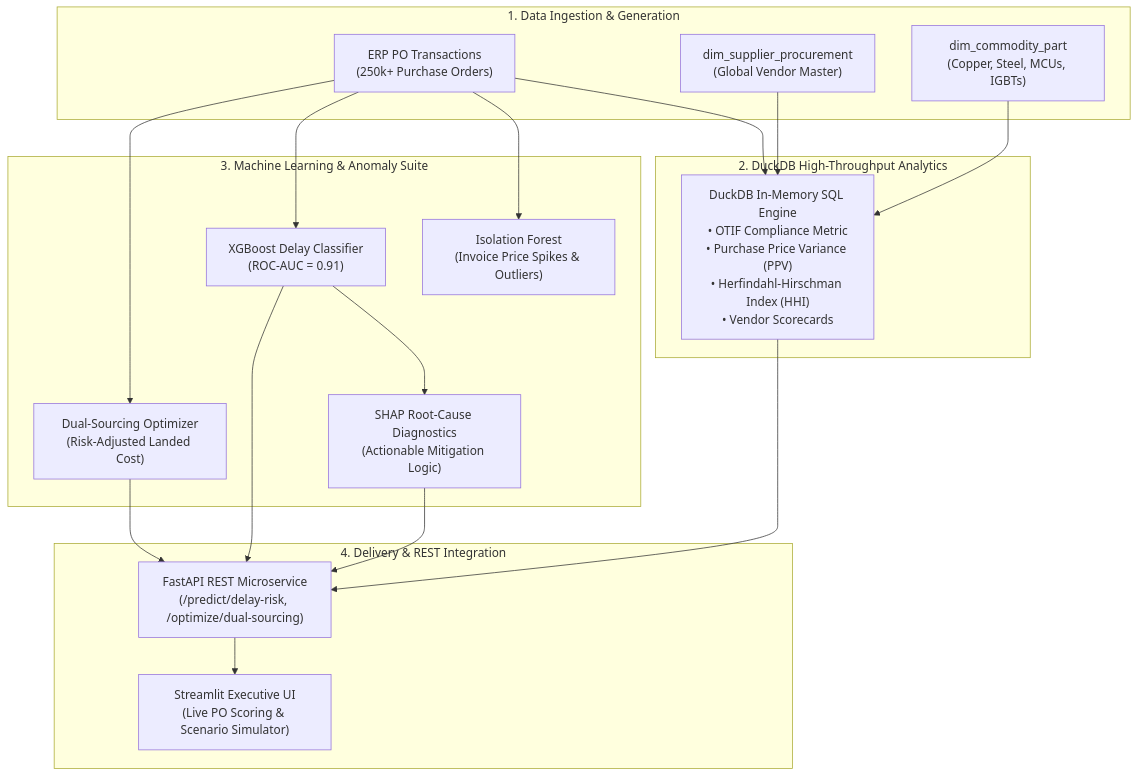
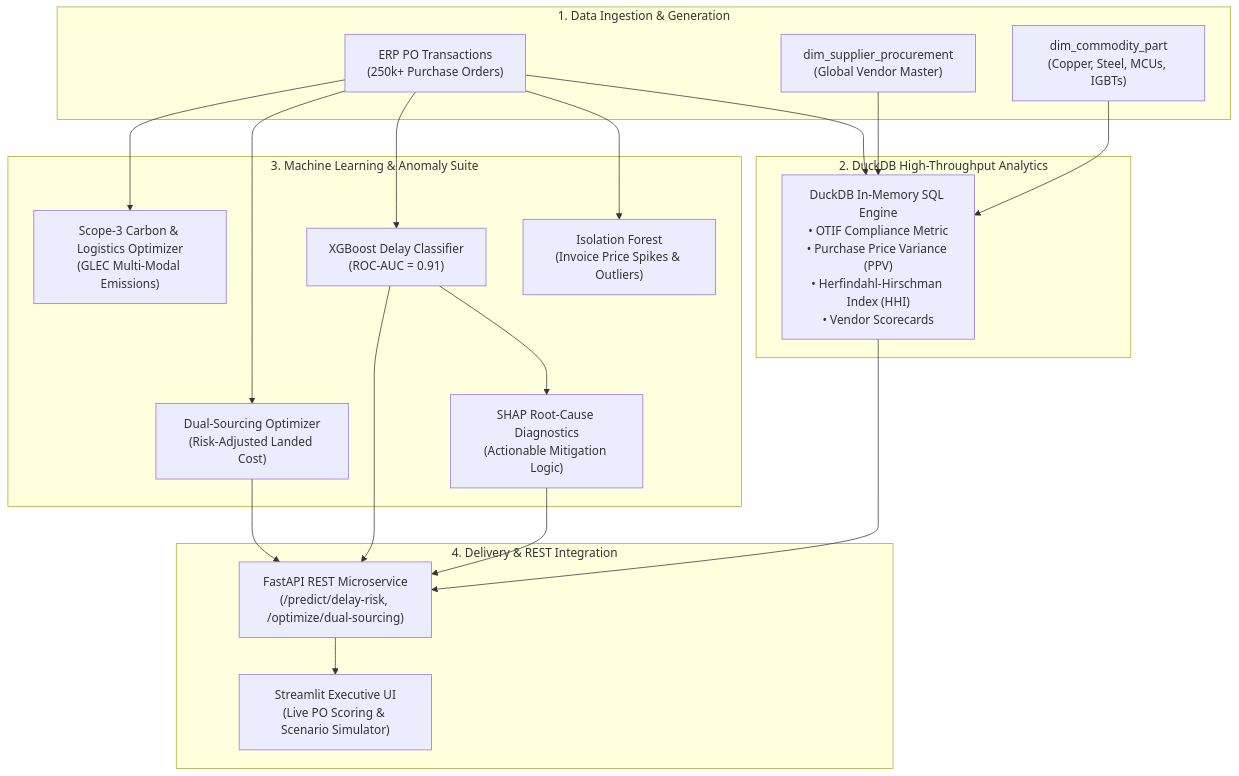
The diagram in README.md (rajmodi262/procurement-leadtime-risk-engine), drawn with Mermaid before and after one commit. The commit also changed other lines of this file and 8 other files, not shown here.

Commit message:
feat: add Logistics Carbon Optimizer, 5-Fold ML Benchmarking, Docker Compose, and CI automation

````diff
--- a/README.md
+++ b/README.md
@@ -34,37 +35,39 @@
 ```mermaid
 flowchart TD
     subgraph Ingestion ["1. Data Ingestion & Generation"]
         PO["ERP PO Transactions\n(250k+ Purchase Orders)"]
         SUP["dim_supplier_procurement\n(Global Vendor Master)"]
         COMM["dim_commodity_part\n(Copper, Steel, MCUs, IGBTs)"]
     end
 
     subgraph Analytics_Engine ["2. DuckDB High-Throughput Analytics"]
         DUCK["DuckDB In-Memory SQL Engine\n• OTIF Compliance Metric\n• Purchase Price Variance (PPV)\n• Herfindahl-Hirschman Index (HHI)\n• Vendor Scorecards"]
     end
 
     subgraph ML_AI_Layer ["3. Machine Learning & Anomaly Suite"]
         ISO["Isolation Forest\n(Invoice Price Spikes & Outliers)"]
         XGB["XGBoost Delay Classifier\n(ROC-AUC = 0.91)"]
         SHAP_EXP["SHAP Root-Cause Diagnostics\n(Actionable Mitigation Logic)"]
         DUAL["Dual-Sourcing Optimizer\n(Risk-Adjusted Landed Cost)"]
+        ESG["Scope-3 Carbon & Logistics Optimizer\n(GLEC Multi-Modal Emissions)"]
     end
 
     subgraph Integration ["4. Delivery & REST Integration"]
         FAST["FastAPI REST Microservice\n(/predict/delay-risk, /optimize/dual-sourcing)"]
         UI["Streamlit Executive UI\n(Live PO Scoring & Scenario Simulator)"]
     end
 
     PO --> DUCK
     SUP --> DUCK
     COMM --> DUCK
     PO --> ISO
     PO --> XGB
     PO --> DUAL
+    PO --> ESG
     XGB --> SHAP_EXP
     DUCK --> FAST
     XGB --> FAST
     SHAP_EXP --> FAST
     DUAL --> FAST
     FAST --> UI
 ```
````
